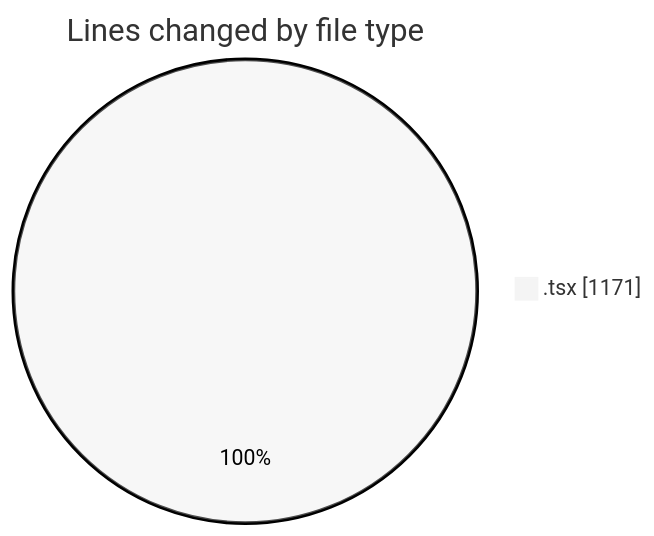
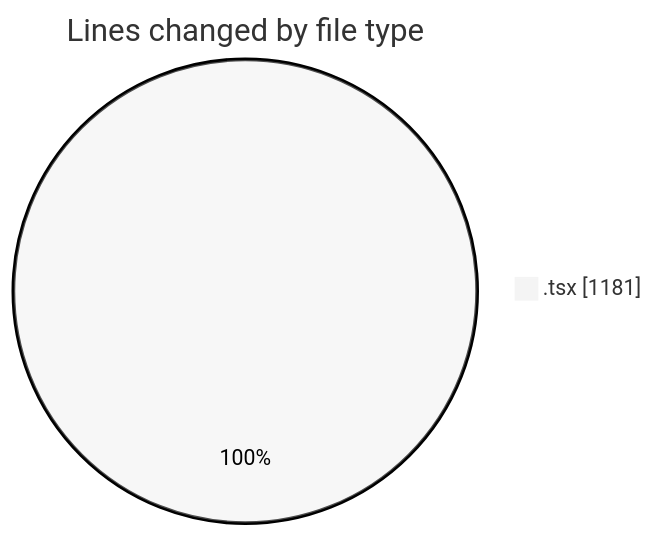
Before and after one commit to JenPaints/code-tracking: the first of 2 diagrams in 2025-06-25/archive/README.md, drawn with Mermaid (neutral theme). The commit also changed other lines of this file and 1 other file, not shown here.

````diff
--- a/2025-06-25/archive/README.md
+++ b/2025-06-25/archive/README.md
@@ -22,5 +22,5 @@
 ```mermaid
 pie showData
 title Lines changed by file type
-".tsx" : 1171
+".tsx" : 1181
 ```
````
